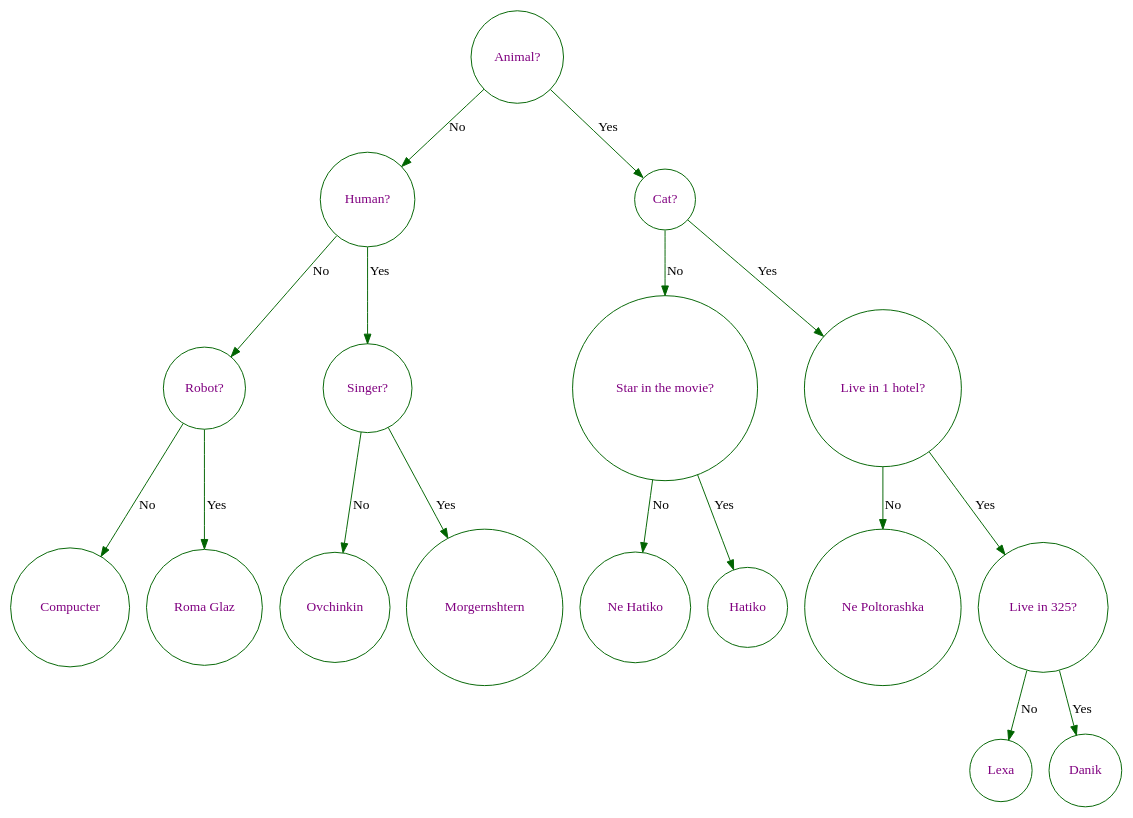
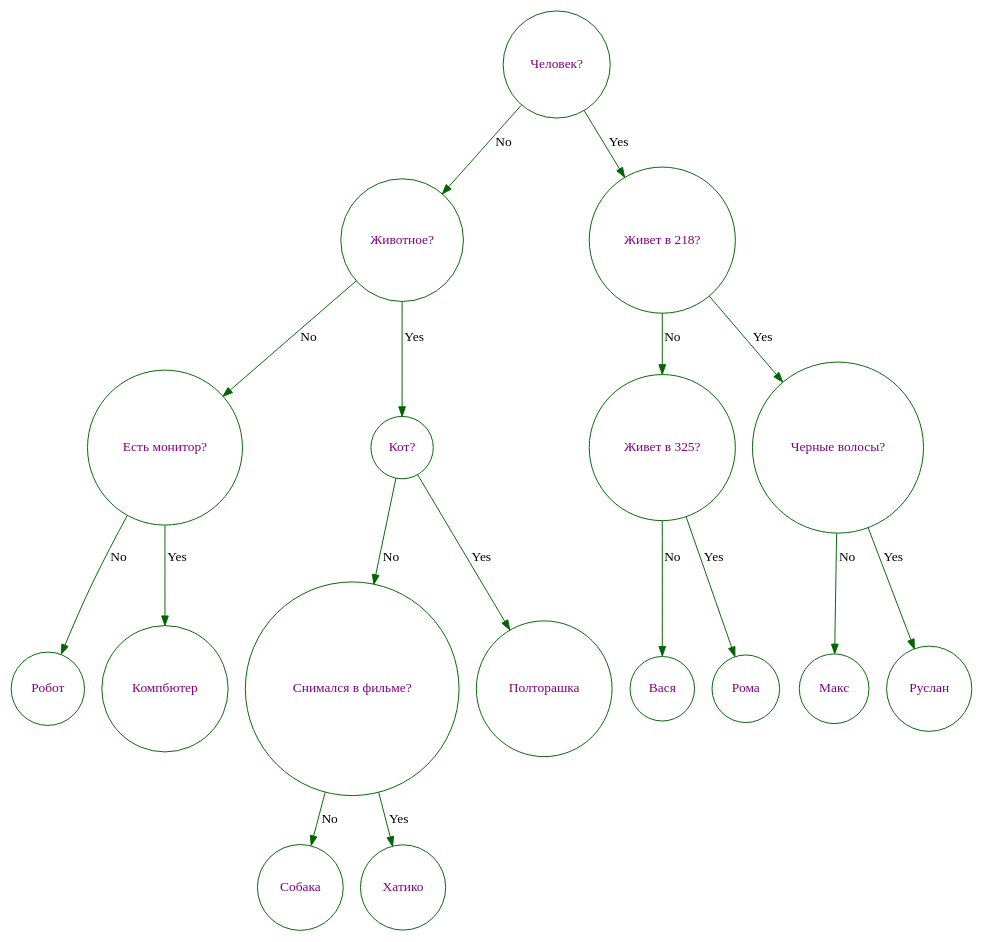
One commit to Stan1slavssKy/Akinator changed the diagram in GraphViz/base_dump.dot. Above: the diagram before and after it, drawn with Graphviz. The commit also changed 1 other file, not shown here.

```diff
--- a/GraphViz/base_dump.dot
+++ b/GraphViz/base_dump.dot
@@ -1,22 +1,22 @@
 digraph Akinator 
 {
 		node [shape = "circle", color = "darkgreen", fontcolor = "purple"];
 		edge [color = "darkgreen"];
 
-		"Animal?" -> "Human?"[label = "No"];
-		"Animal?" -> "Cat?"[label = "Yes"];
-		"Cat?" -> "Star in the movie?"[label = "No"];
-		"Cat?" -> "Live in 1 hotel?"[label = "Yes"];
-		"Live in 1 hotel?" -> "Ne Poltorashka"[label = "No"];
-		"Live in 1 hotel?" -> "Live in 325?"[label = "Yes"];
-		"Live in 325?" -> "Lexa"[label = "No"];
-		"Live in 325?" -> "Danik"[label = "Yes"];
-		"Star in the movie?" -> "Ne Hatiko"[label = "No"];
-		"Star in the movie?" -> "Hatiko"[label = "Yes"];
-		"Human?" -> "Robot?"[label = "No"];
-		"Human?" -> "Singer?"[label = "Yes"];
-		"Singer?" -> "Ovchinkin"[label = "No"];
-		"Singer?" -> "Morgernshtern"[label = "Yes"];
-		"Robot?" -> "Compucter"[label = "No"];
-		"Robot?" -> "Roma Glaz"[label = "Yes"];
+		"Человек?" -> "Животное?"[label = "No"];
+		"Человек?" -> "Живет в 218?"[label = "Yes"];
+		"Живет в 218?" -> "Живет в 325?"[label = "No"];
+		"Живет в 218?" -> "Черные волосы?"[label = "Yes"];
+		"Черные волосы?" -> "Макс"[label = "No"];
+		"Черные волосы?" -> "Руслан"[label = "Yes"];
+		"Живет в 325?" -> "Вася"[label = "No"];
+		"Живет в 325?" -> "Рома"[label = "Yes"];
+		"Животное?" -> "Есть монитор?"[label = "No"];
+		"Животное?" -> "Кот?"[label = "Yes"];
+		"Кот?" -> "Снимался в фильме?"[label = "No"];
+		"Кот?" -> "Полторашка"[label = "Yes"];
+		"Снимался в фильме?" -> "Собака"[label = "No"];
+		"Снимался в фильме?" -> "Хатико"[label = "Yes"];
+		"Есть монитор?" -> "Робот"[label = "No"];
+		"Есть монитор?" -> "Компбютер"[label = "Yes"];
 }
```
